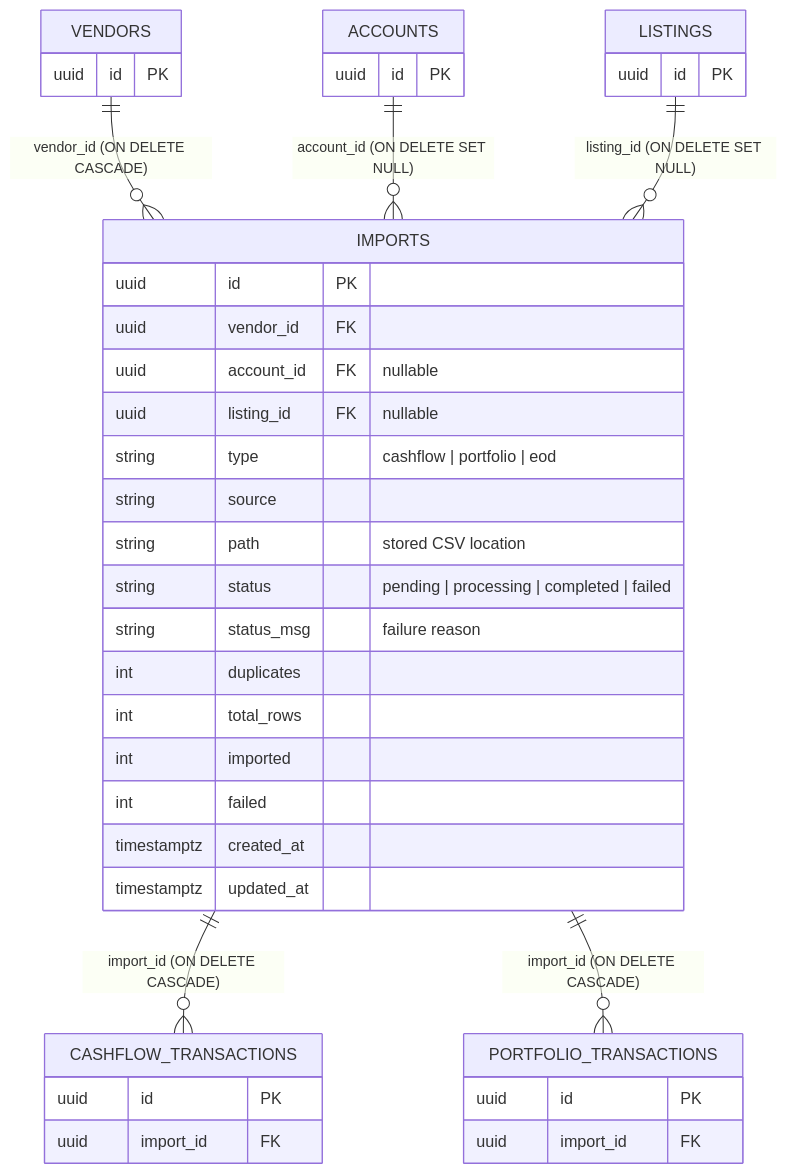
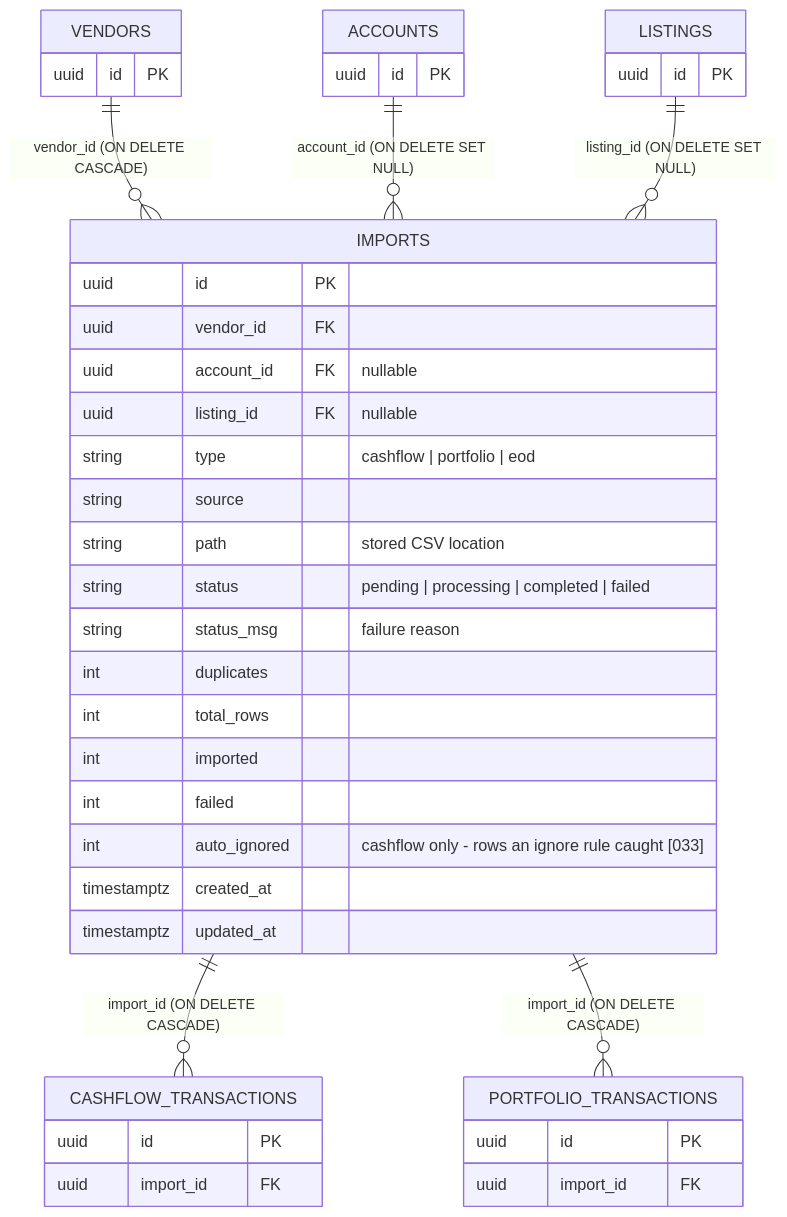
One commit to lennardclaproth/ta11y changed the second of 4 diagrams in apps/api/docs/features/[002]_CSV_IMPORTS.md. Above: the diagram before and after it, drawn with Mermaid. The commit also changed other lines of this file and 32 other files, not shown here.

First line of the commit message:
Add the ignore rules page, import review and Cashflow touchpoints

````diff
--- a/apps/api/docs/features/[002]_CSV_IMPORTS.md
+++ b/apps/api/docs/features/[002]_CSV_IMPORTS.md
@@ -115,43 +115,44 @@
 ```mermaid
 erDiagram
     VENDORS   ||--o{ IMPORTS : "vendor_id (ON DELETE CASCADE)"
     ACCOUNTS  ||--o{ IMPORTS : "account_id (ON DELETE SET NULL)"
     LISTINGS  ||--o{ IMPORTS : "listing_id (ON DELETE SET NULL)"
     IMPORTS   ||--o{ CASHFLOW_TRANSACTIONS  : "import_id (ON DELETE CASCADE)"
     IMPORTS   ||--o{ PORTFOLIO_TRANSACTIONS : "import_id (ON DELETE CASCADE)"
 
     IMPORTS {
         uuid id PK
         uuid vendor_id FK
         uuid account_id FK "nullable"
         uuid listing_id FK "nullable"
         string type "cashflow | portfolio | eod"
         string source
         string path "stored CSV location"
         string status "pending | processing | completed | failed"
         string status_msg "failure reason"
         int duplicates
         int total_rows
         int imported
         int failed
+        int auto_ignored "cashflow only - rows an ignore rule caught [033]"
         timestamptz created_at
         timestamptz updated_at
     }
     VENDORS {
         uuid id PK
     }
     ACCOUNTS {
         uuid id PK
     }
     LISTINGS {
         uuid id PK
     }
     CASHFLOW_TRANSACTIONS {
         uuid id PK
         uuid import_id FK
     }
     PORTFOLIO_TRANSACTIONS {
         uuid id PK
         uuid import_id FK
     }
 ```
````
